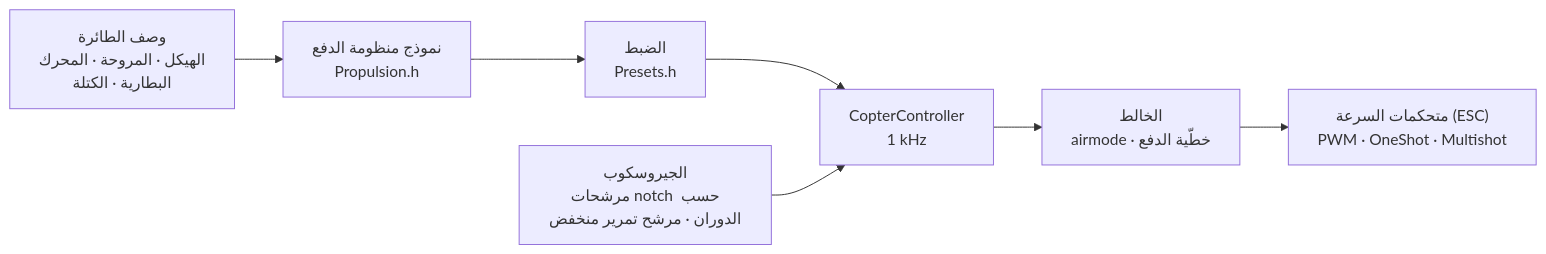
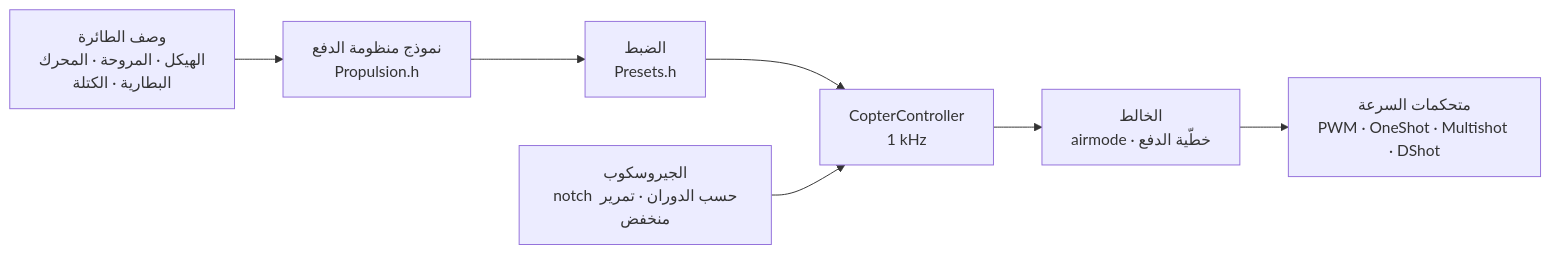
Before and after one commit to damir-lebedev/OpenPlaneProject: the diagram in docs/i18n/ar/COPTER.md, drawn with Mermaid. The commit also changed other lines of this file and 21 other files, not shown here.

````diff
--- a/docs/i18n/ar/COPTER.md
+++ b/docs/i18n/ar/COPTER.md
@@ -9,9 +9,9 @@
 ```mermaid
 flowchart LR
     D["وصف الطائرة<br/>الهيكل · المروحة · المحرك<br/>البطارية · الكتلة"] --> M["نموذج منظومة الدفع<br/>Propulsion.h"]
     M --> T["الضبط<br/>Presets.h"]
     T --> C["CopterController<br/>1 kHz"]
-    G["الجيروسكوب<br/>مرشحات notch حسب الدوران · مرشح تمرير منخفض"] --> C
+    G["الجيروسكوب<br/>notch حسب الدوران · تمرير منخفض"] --> C
     C --> X["الخالط<br/>airmode · خطّية الدفع"]
-    X --> E["متحكمات السرعة (ESC)<br/>PWM · OneShot · Multishot"]
+    X --> E["متحكمات السرعة<br/>PWM · OneShot · Multishot · DShot"]
 ```
````
